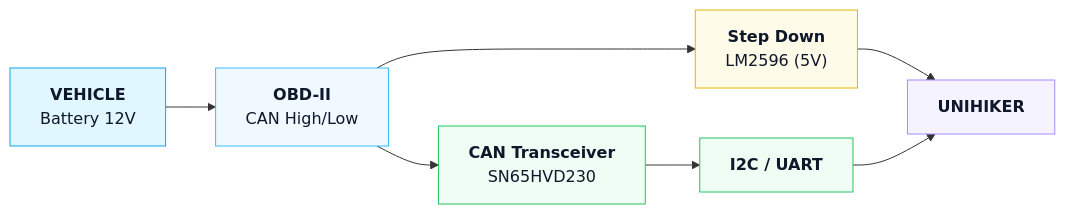
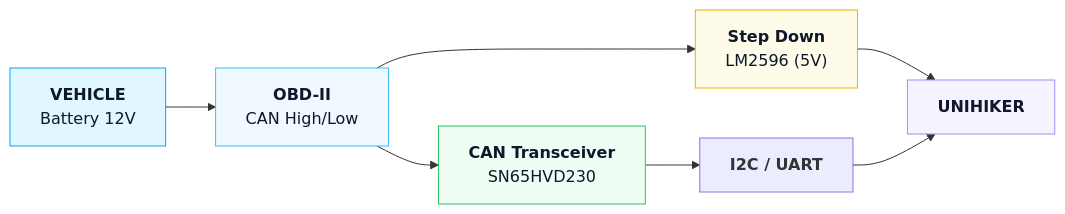
The diagram in README.md (Lrs-mtos/esp32-automotive-project), drawn with Mermaid before and after one commit. The commit also changed other lines of this file and 6 other files, not shown here.

````diff
--- a/README.md
+++ b/README.md
@@ -25,30 +25,29 @@
 ```mermaid
 ---
 config:
   layout: fixed
 ---
 flowchart LR
     %% Nodes
     Vehicle["<b>VEHICLE</b><br>Battery 12V"] --> OBDII["<b>OBD-II</b><br>CAN High/Low"]
     OBDII --> StepDown["<b>Step Down</b><br>LM2596 (5V)"]
     OBDII --> CANTransceiver["<b>CAN Transceiver</b><br>SN65HVD230"]
     CANTransceiver --> I2CUART["<b>I2C / UART</b>"]
     StepDown --> UNIHIKER["<b>UNIHIKER</b>"]
     I2CUART --> UNIHIKER
 
     %% Class assignments
     Vehicle:::source
     OBDII:::canbus
     StepDown:::power
     CANTransceiver:::communication
-    I2CUART:::communication
     UNIHIKER:::device
 
     %% Styling
     classDef source stroke:#0ea5e9,fill:#e0f7ff,color:#0f172a
     classDef canbus stroke:#38bdf8,fill:#f0f9ff,color:#0f172a
     classDef communication stroke:#22c55e,fill:#f0fdf4,color:#0f172a
     classDef power stroke:#eab308,fill:#fefce8,color:#0f172a
     classDef device stroke:#a78bfa,fill:#f5f3ff,color:#0f172a
 
 ```
````
